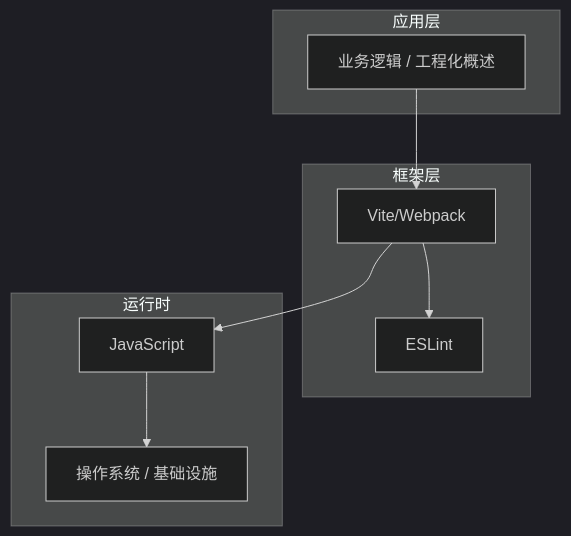
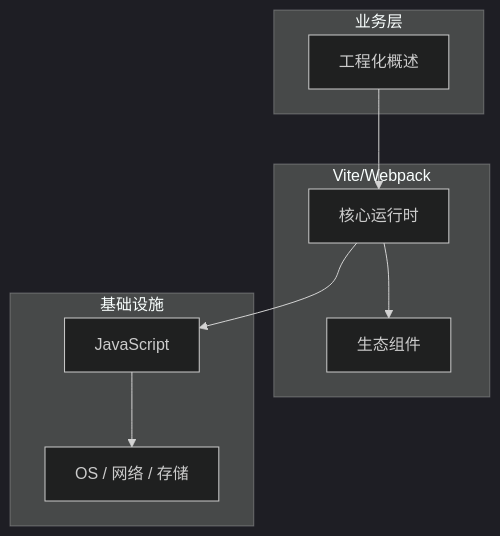
The diagram in articles/前端工程化/chapters/001-工程化概述核心概念与原理.md (yanggan2015/knowledge-json-v2), drawn with Mermaid (dark theme) before and after one commit. The commit also changed other lines of this file and 10127 other files, not shown here.

````diff
--- a/articles/前端工程化/chapters/001-工程化概述核心概念与原理.md
+++ b/articles/前端工程化/chapters/001-工程化概述核心概念与原理.md
@@ -45,18 +34,18 @@
 ```mermaid
 graph TB
-    subgraph 应用层
-        A[业务逻辑 / 工程化概述]
+    subgraph 业务层
+        A[工程化概述]
     end
-    subgraph 框架层
-        B[Vite/Webpack]
-        C[ESLint]
+    subgraph Vite/Webpack
+        B[核心运行时]
+        C[生态组件]
     end
-    subgraph 运行时
+    subgraph 基础设施
         D[JavaScript]
-        E[操作系统 / 基础设施]
+        E[OS / 网络 / 存储]
     end
     A --> B
     B --> C
     B --> D
     D --> E
 ```
````
